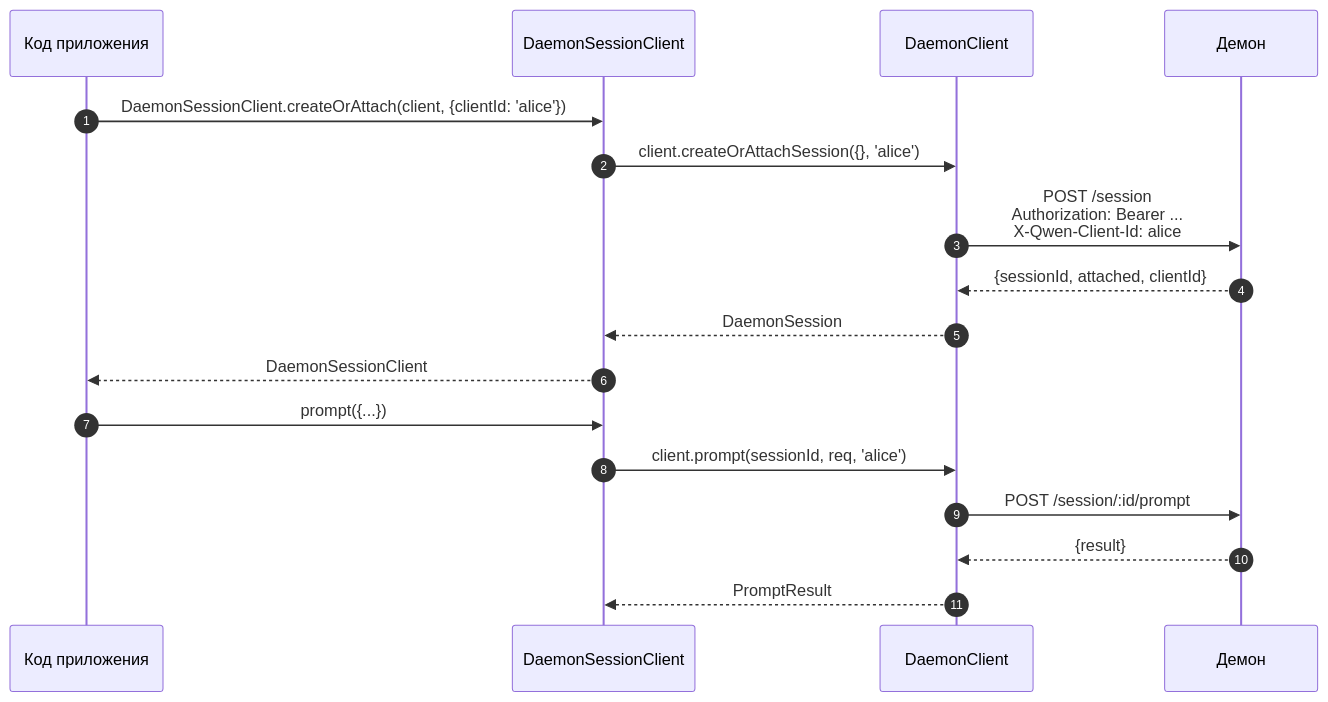
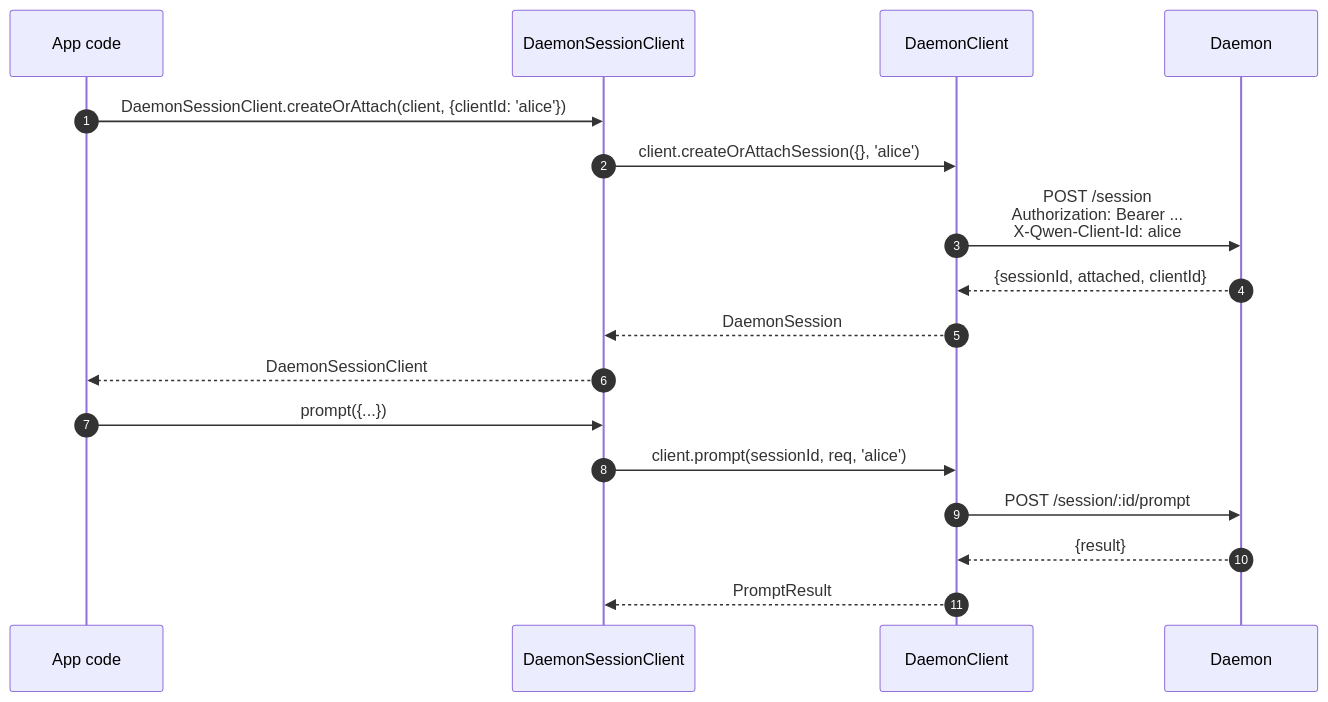
The first of 3 diagrams in website/content/ru/developers/daemon/13-sdk-daemon-client.md (QwenLM/qwen-code-docs), drawn with Mermaid before and after one commit. The commit also changed other lines of this file and 128 other files, not shown here.

````diff
--- a/website/content/ru/developers/daemon/13-sdk-daemon-client.md
+++ b/website/content/ru/developers/daemon/13-sdk-daemon-client.md
@@ -133,21 +147,21 @@
 ```mermaid
 sequenceDiagram
     autonumber
-    participant App as Код приложения
+    participant App as App code
     participant SC as DaemonSessionClient
     participant DC as DaemonClient
-    participant D as Демон
+    participant D as Daemon
 
     App->>SC: DaemonSessionClient.createOrAttach(client, {clientId: 'alice'})
     SC->>DC: client.createOrAttachSession({}, 'alice')
     DC->>D: POST /session<br/>Authorization: Bearer ...<br/>X-Qwen-Client-Id: alice
     D-->>DC: {sessionId, attached, clientId}
     DC-->>SC: DaemonSession
     SC-->>App: DaemonSessionClient
 
     App->>SC: prompt({...})
     SC->>DC: client.prompt(sessionId, req, 'alice')
     DC->>D: POST /session/:id/prompt
     D-->>DC: {result}
     DC-->>SC: PromptResult
 ```
````
